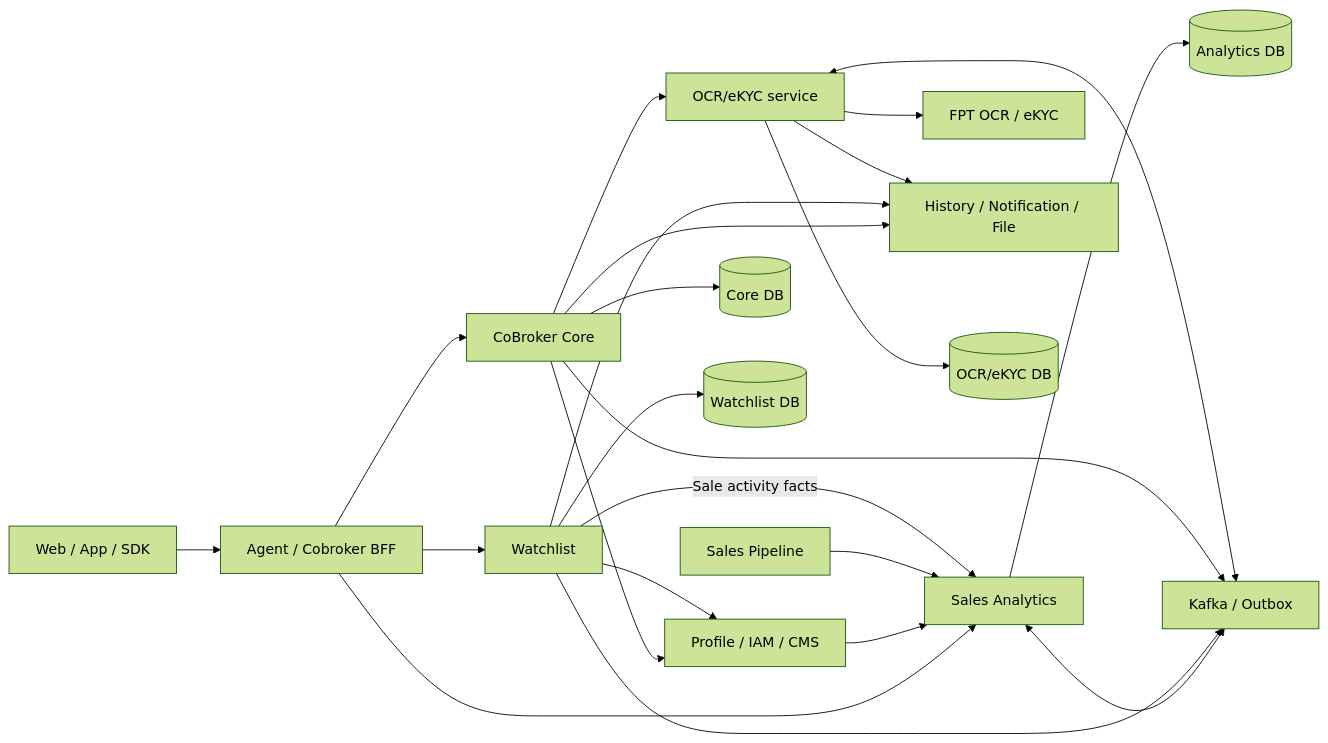
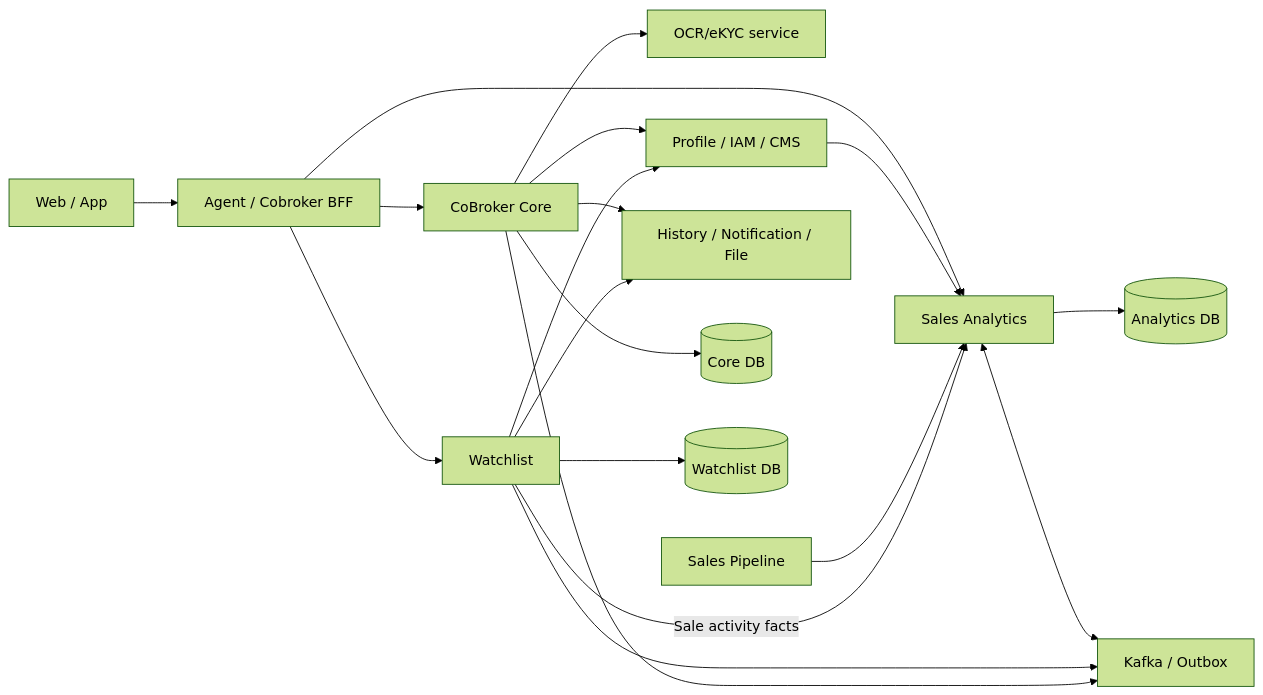
Before and after one commit to huynv-xyz/vhm-tdd: the diagram in cobroker/diagrams/cobroker-01.mmd, drawn with Mermaid (forest theme). The commit also changed 11 other files, not shown here.

```diff
--- a/cobroker/diagrams/cobroker-01.mmd
+++ b/cobroker/diagrams/cobroker-01.mmd
@@ -1,23 +1,19 @@
 flowchart LR
-    U["Web / App / SDK"] --> B["Agent / Cobroker BFF"]
+    U["Web / App"] --> B["Agent / Cobroker BFF"]
     B --> C["CoBroker Core"]
     B --> A["Sales Analytics"]
     B --> W["Watchlist"]
     C --> E["OCR/eKYC service"]
-    E --> F["FPT OCR / eKYC"]
     C --> P["Profile / IAM / CMS"]
     P --> A
     D["Sales Pipeline"] --> A
     W -->|"Sale activity facts"| A
     W --> P
     C --> H["History / Notification / File"]
     W --> H
-    E --> H
     C --> CD[("Core DB")]
     A --> AD[("Analytics DB")]
     W --> WD[("Watchlist DB")]
-    E --> ED[("OCR/eKYC DB")]
     A <--> K["Kafka / Outbox"]
     W --> K
     C --> K
-    E <--> K
```
